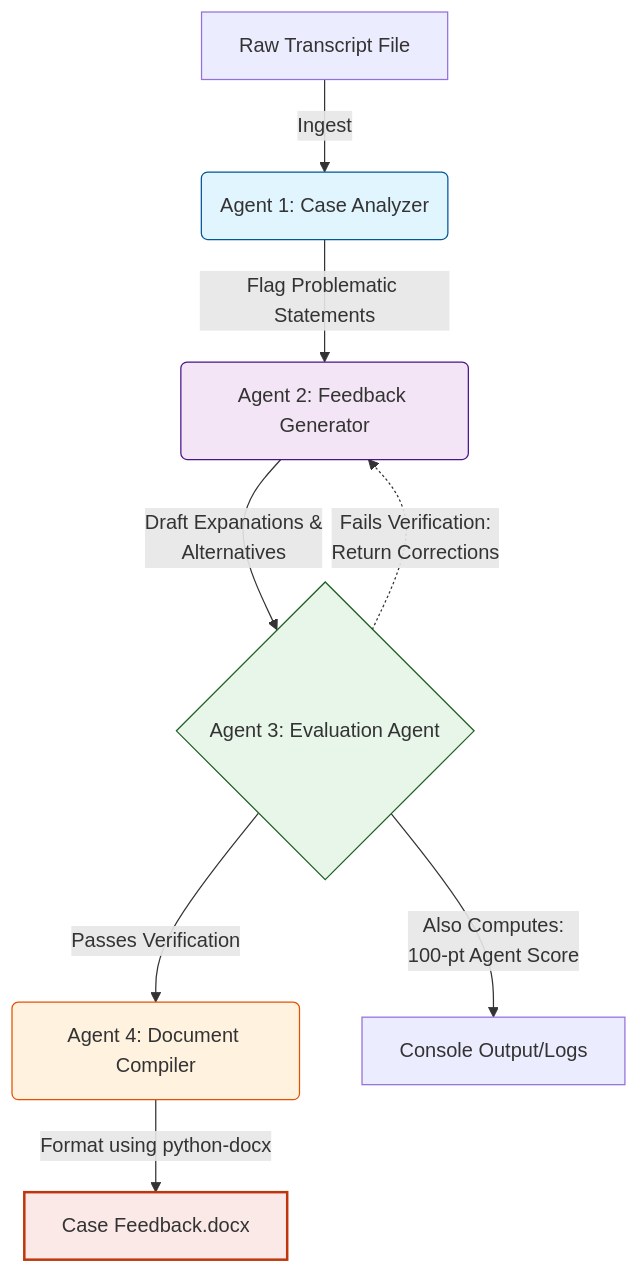
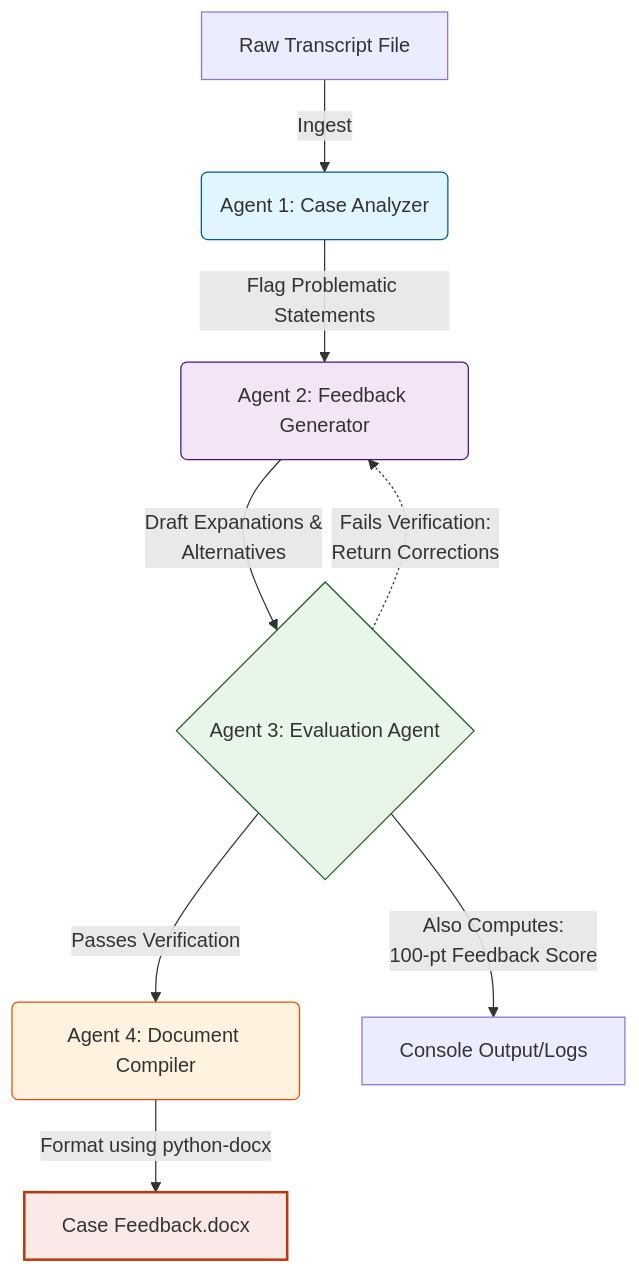
The diagram in README.md (sanngesh/-Multi-Agent-Customer-Service-Feedback-System), drawn with Mermaid before and after one commit. The commit also changed other lines of this file and 4 other files, not shown here.

````diff
--- a/README.md
+++ b/README.md
@@ -42,20 +42,20 @@
 ```mermaid
 flowchart TD
     A[Raw Transcript File] -->|Ingest| B(Agent 1: Case Analyzer)
     B -->|Flag Problematic Statements| C(Agent 2: Feedback Generator)
     
     C -->|Draft Expanations &\n Alternatives| D{Agent 3: Evaluation Agent}
     
     D -.->|Fails Verification:<br>Return Corrections| C
     
     D -->|Passes Verification| E(Agent 4: Document Compiler)
-    D -->|Also Computes:<br>100-pt Agent Score| F[Console Output/Logs]
+    D -->|Also Computes:<br>100-pt Feedback Score| F[Console Output/Logs]
     
     E -->|Format using python-docx| G[Case Feedback.docx]
     
     style B fill:#e1f5fe,stroke:#01579b
     style C fill:#f3e5f5,stroke:#4a148c
     style D fill:#e8f5e9,stroke:#1b5e20
     style E fill:#fff3e0,stroke:#e65100
     style G fill:#fbe9e7,stroke:#bf360c,stroke-width:2px
 ```
````
